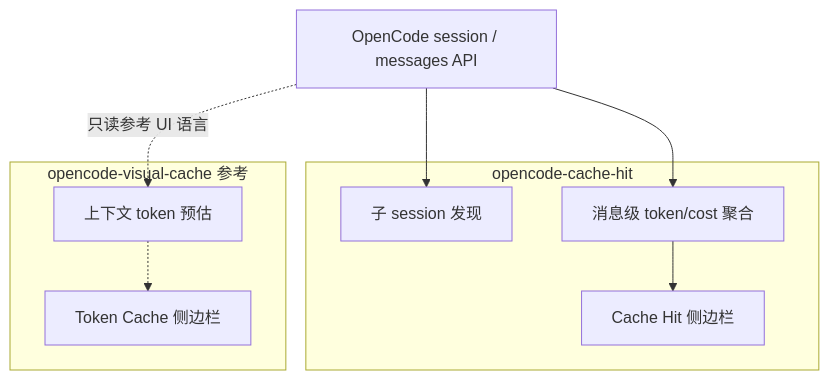
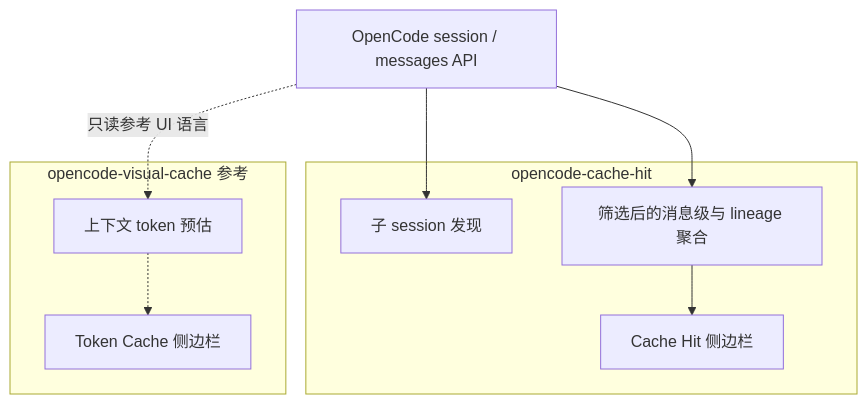
The first of 4 diagrams in docs/zh-CN/design.md (zhumengzhu/opencode-cache-hit), drawn with Mermaid before and after one commit. The commit also changed other lines of this file and 34 other files, not shown here.

````diff
--- a/docs/zh-CN/design.md
+++ b/docs/zh-CN/design.md
@@ -19,17 +19,17 @@
 ```mermaid
 flowchart TB
   subgraph ours [opencode-cache-hit]
     DISC[子 session 发现]
-    AGG[消息级 token/cost 聚合]
+    AGG[筛选后的消息级与 lineage 聚合]
     UI[Cache Hit 侧边栏]
   end
   subgraph ref [opencode-visual-cache 参考]
     EST[上下文 token 预估]
     VCUI[Token Cache 侧边栏]
   end
   OC[OpenCode session / messages API] --> DISC
   OC --> AGG
   AGG --> UI
   OC -.->|只读参考 UI 语言| EST
   EST -.-> VCUI
 ```
````
